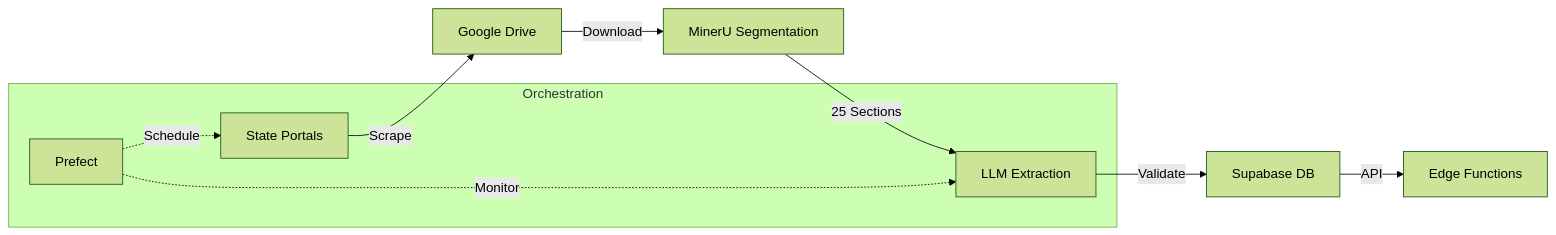
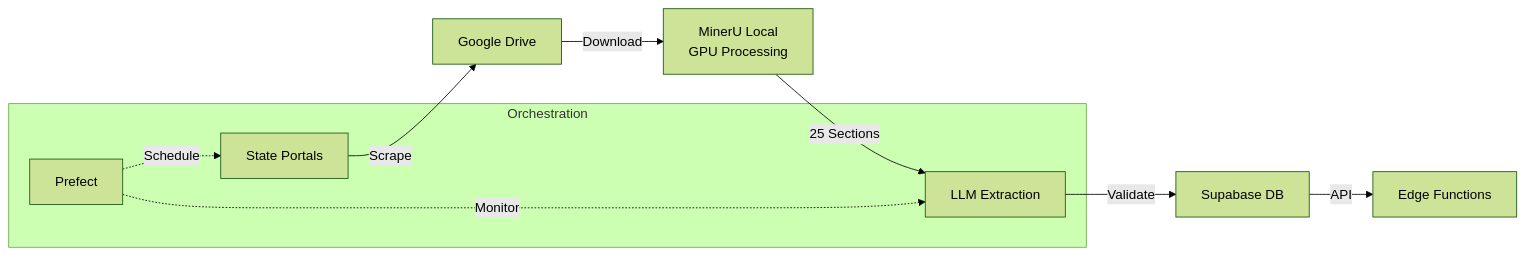
One commit to mmarcus006/fdd_pipeline_new changed the diagram in README.md. Above: the diagram before and after it, drawn with Mermaid (forest theme). The commit also changed other lines of this file and 30 other files, not shown here.

Commit message:
Update MinerU configuration to support local GPU processing, enhance documentation, and improve model validation. Adjusted environment settings, added new dependencies, and refined README and architecture documents for clarity.

````diff
--- a/README.md
+++ b/README.md
@@ -20,13 +20,13 @@
 ```mermaid
 graph LR
     A[State Portals] -->|Scrape| B[Google Drive]
-    B -->|Download| C[MinerU Segmentation]
+    B -->|Download| C[MinerU Local<br/>GPU Processing]
     C -->|25 Sections| D[LLM Extraction]
     D -->|Validate| E[Supabase DB]
     E -->|API| F[Edge Functions]
     
     subgraph Orchestration
         G[Prefect] -.->|Schedule| A
         G -.->|Monitor| D
     end
 ```
````
